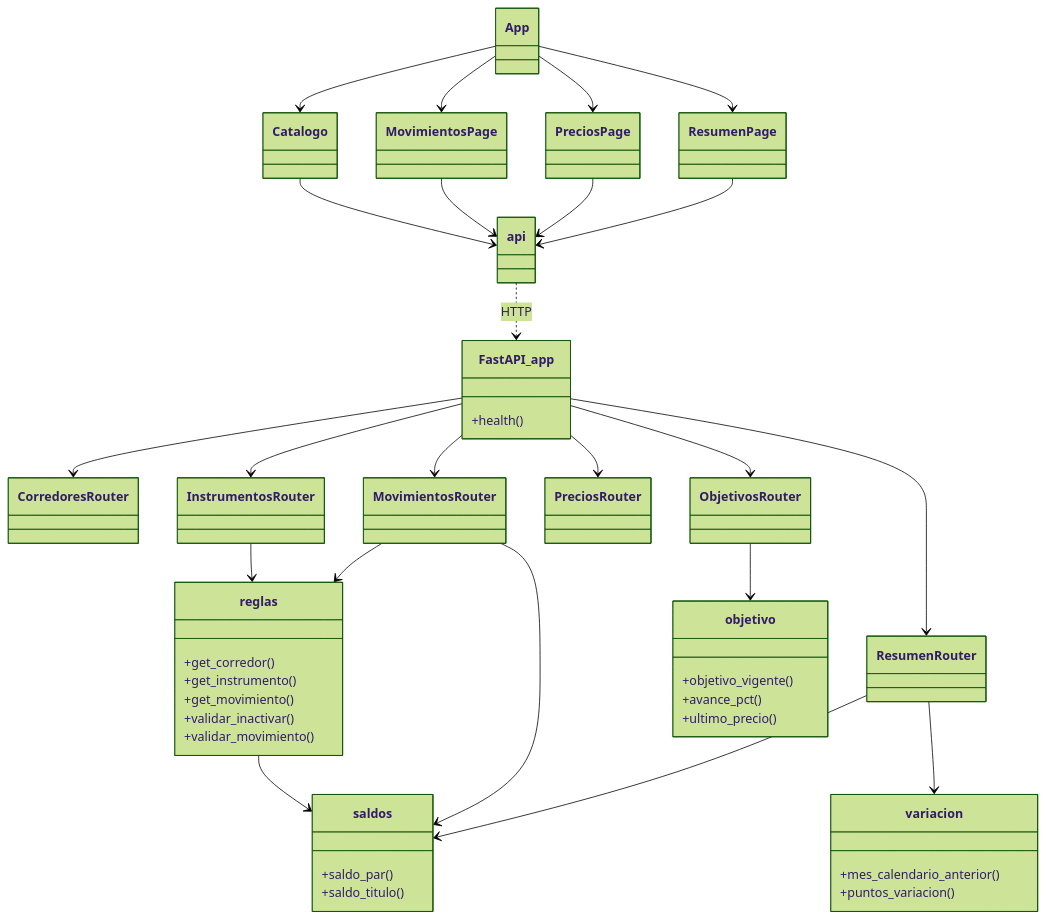
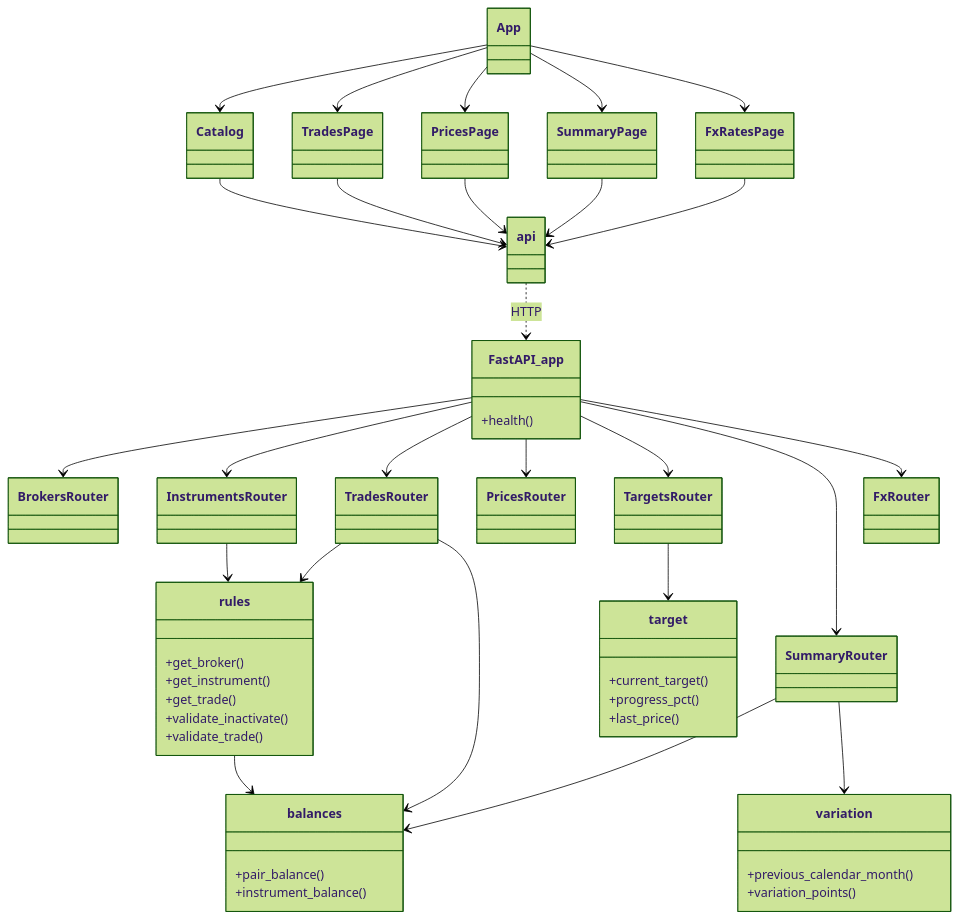
The fifth of 5 diagrams in README.md (sebasvalencia/stocks), drawn with Mermaid (forest theme) before and after one commit. The commit also changed other lines of this file and 52 other files, not shown here.

````diff
--- a/README.md
+++ b/README.md
@@ -424,66 +443,71 @@
 ```mermaid
 classDiagram
   direction TB
 
   class FastAPI_app {
     +health()
   }
-  class CorredoresRouter
-  class InstrumentosRouter
-  class MovimientosRouter
-  class PreciosRouter
-  class ObjetivosRouter
-  class ResumenRouter
+  class BrokersRouter
+  class InstrumentsRouter
+  class TradesRouter
+  class PricesRouter
+  class TargetsRouter
+  class SummaryRouter
+  class FxRouter
 
-  class reglas {
-    +get_corredor()
-    +get_instrumento()
-    +get_movimiento()
-    +validar_inactivar()
-    +validar_movimiento()
+  class rules {
+    +get_broker()
+    +get_instrument()
+    +get_trade()
+    +validate_inactivate()
+    +validate_trade()
   }
-  class saldos {
-    +saldo_par()
-    +saldo_titulo()
+  class balances {
+    +pair_balance()
+    +instrument_balance()
   }
-  class variacion {
-    +mes_calendario_anterior()
-    +puntos_variacion()
+  class variation {
+    +previous_calendar_month()
+    +variation_points()
   }
-  class objetivo {
-    +objetivo_vigente()
-    +avance_pct()
-    +ultimo_precio()
+  class target {
+    +current_target()
+    +progress_pct()
+    +last_price()
   }
 
-  FastAPI_app --> CorredoresRouter
-  FastAPI_app --> InstrumentosRouter
-  FastAPI_app --> MovimientosRouter
-  FastAPI_app --> PreciosRouter
-  FastAPI_app --> ObjetivosRouter
-  FastAPI_app --> ResumenRouter
-  InstrumentosRouter --> reglas
-  MovimientosRouter --> reglas
-  MovimientosRouter --> saldos
-  ObjetivosRouter --> objetivo
-  ResumenRouter --> saldos
-  ResumenRouter --> variacion
-  reglas --> saldos
+  FastAPI_app --> BrokersRouter
+  FastAPI_app --> InstrumentsRouter
+  FastAPI_app --> TradesRouter
+  FastAPI_app --> PricesRouter
+  FastAPI_app --> TargetsRouter
+  FastAPI_app --> SummaryRouter
+  FastAPI_app --> FxRouter
+  InstrumentsRouter --> rules
+  TradesRouter --> rules
+  TradesRouter --> balances
+  TargetsRouter --> target
+  SummaryRouter --> balances
+  SummaryRouter --> variation
+  rules --> balances
 
   class App
-  class Catalogo
-  class MovimientosPage
-  class PreciosPage
-  class ResumenPage
+  class Catalog
+  class TradesPage
+  class PricesPage
+  class SummaryPage
+  class FxRatesPage
   class api
 
-  App --> Catalogo
-  App --> MovimientosPage
-  App --> PreciosPage
-  App --> ResumenPage
-  Catalogo --> api
-  MovimientosPage --> api
-  PreciosPage --> api
-  ResumenPage --> api
+  App --> Catalog
+  App --> TradesPage
+  App --> PricesPage
+  App --> SummaryPage
+  App --> FxRatesPage
+  Catalog --> api
+  TradesPage --> api
+  PricesPage --> api
+  SummaryPage --> api
+  FxRatesPage --> api
   api ..> FastAPI_app : HTTP
 ```
````
